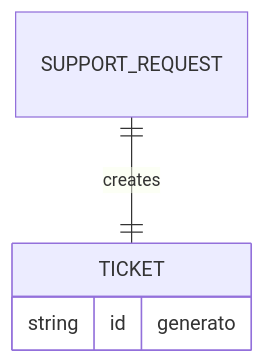
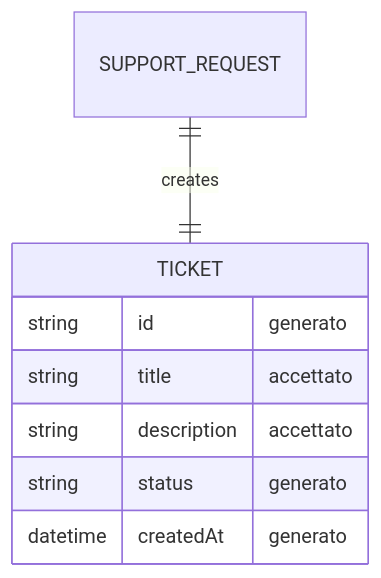
Before and after one commit to Michecosa/aicu-l06-ticketing-contract: the diagram in data-sketch-create-ticket.md, drawn with Mermaid. The commit also changed other lines of this file and 1 other file, not shown here.

````diff
--- a/data-sketch-create-ticket.md
+++ b/data-sketch-create-ticket.md
@@ -46,7 +46,11 @@
 ```mermaid
 erDiagram
   SUPPORT_REQUEST ||--|| TICKET : creates
   TICKET {
     string id "generato"
+    string title "accettato"
+    string description "accettato"
+    string status "generato"
+    datetime createdAt "generato"
   }
 ```
````
